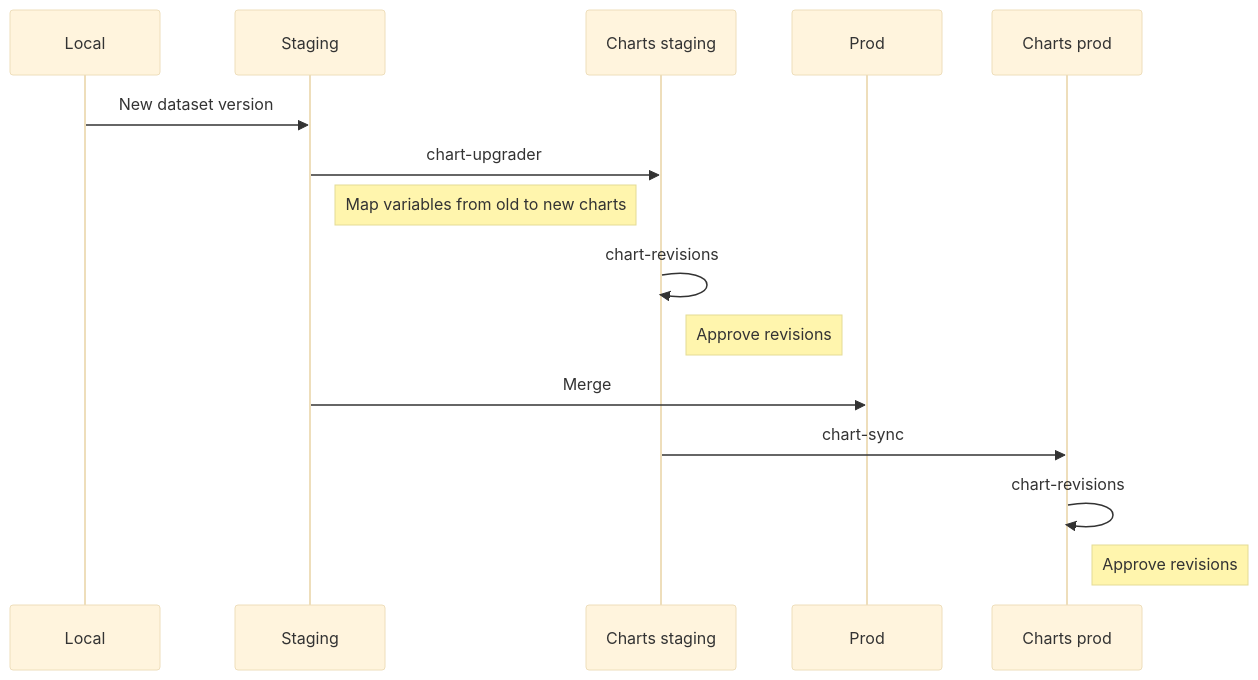
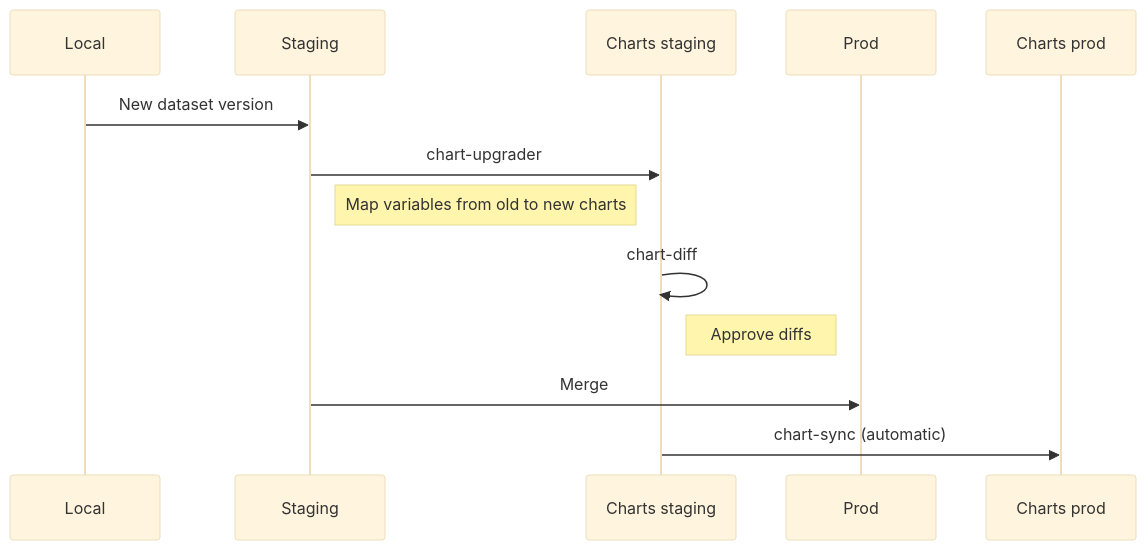
One commit to owid/etl changed the third of 3 diagrams in docs/guides/staging-servers.md. Above: the diagram before and after it, drawn with Mermaid (base theme). The commit also changed other lines of this file, not shown here.

````diff
--- a/docs/guides/staging-servers.md
+++ b/docs/guides/staging-servers.md
@@ -53,12 +52,10 @@
 ```mermaid
 sequenceDiagram
     Local ->> Staging: New dataset version
     Staging ->> Charts staging: chart-upgrader
     Note right of Staging: Map variables from old to new charts
-    Charts staging ->> Charts staging: chart-revisions
-    Note right of Charts staging: Approve revisions
+    Charts staging ->> Charts staging: chart-diff
+    Note right of Charts staging: Approve diffs
     Staging ->> Prod: Merge
-    Charts staging ->> Charts prod: chart-sync
-    Charts prod ->> Charts prod: chart-revisions
-    Note right of Charts prod: Approve revisions
+    Charts staging ->> Charts prod: chart-sync (automatic)
 ```
````
